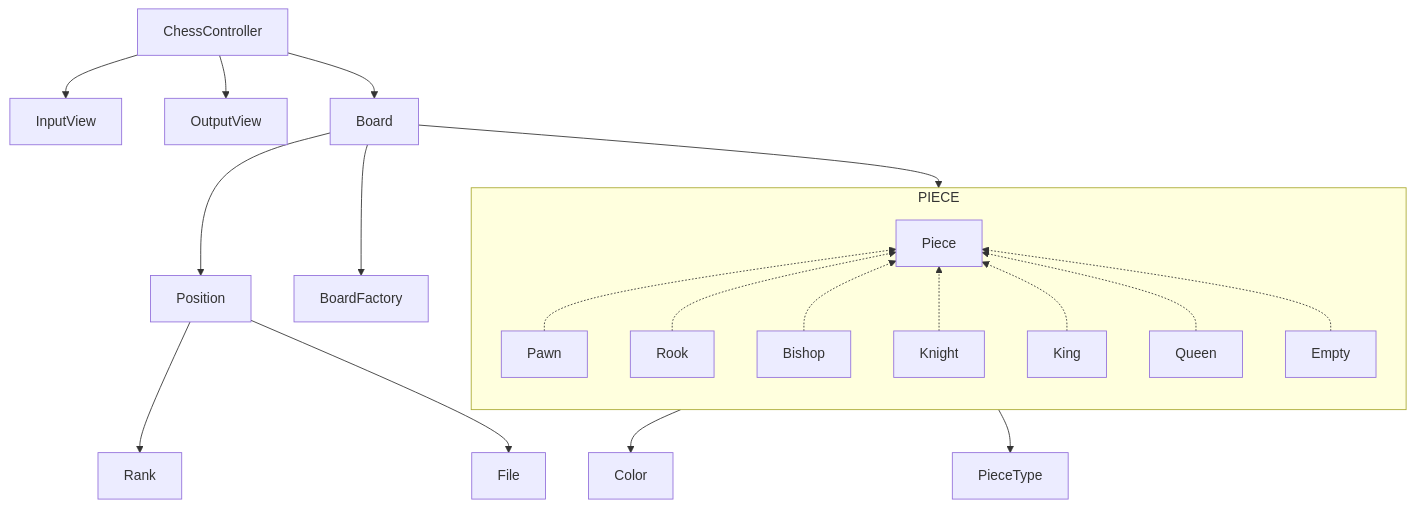
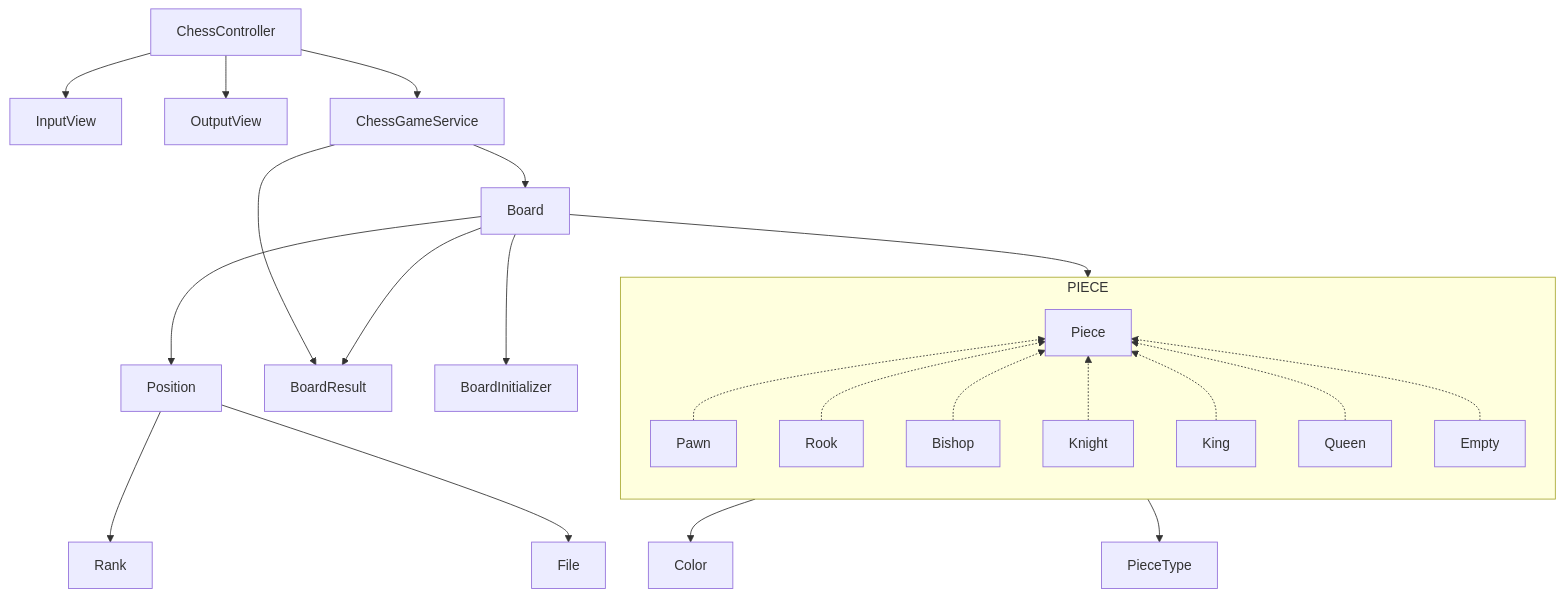
One commit to woowacourse/java-chess changed the diagram in README.md. Above: the diagram before and after it, drawn with Mermaid. The commit also changed other lines of this file and 24 other files, not shown here.

````diff
--- a/README.md
+++ b/README.md
@@ -44,28 +57,32 @@
 ```mermaid
 graph TD
     ChessController --> InputView
     ChessController --> OutputView
 
-    ChessController --> Board
+    ChessController --> ChessGameService
     
-    Board --> BoardFactory
-
-    Position --> Rank
-    Position --> File
+    ChessGameService --> Board
+    ChessGameService --> BoardResult
+    
+    Board --> BoardResult
+    Board --> BoardInitializer
 
     Board --> Position
     Board --> PIECE
     PIECE --> Color
     PIECE --> PieceType
-
+    
+    Position --> Rank
+    Position --> File
+    
     subgraph PIECE
         direction BT
         Pawn -.-> Piece
         Rook -.-> Piece
         Bishop -.-> Piece
         Knight -.-> Piece
         King -.-> Piece
         Queen -.-> Piece
         Empty -.-> Piece
     end
 ```
````
